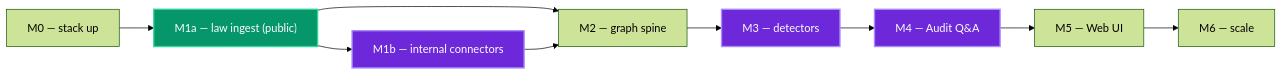
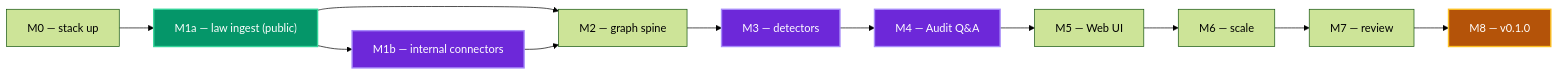
One commit to dannyota/mise changed the diagram in docs/project/ROADMAP.md. Above: the diagram before and after it, drawn with Mermaid (forest theme). The commit also changed other lines of this file and 14 other files, not shown here.

First line of the commit message:
docs: add M7 (design review) and M8 (release v0.1.0) milestone plans

````diff
--- a/docs/project/ROADMAP.md
+++ b/docs/project/ROADMAP.md
@@ -49,15 +53,19 @@
 ```mermaid
 flowchart LR
     M0["M0 — stack up"] --> M1a["M1a — law ingest (public)"]
     M1a --> M1b["M1b — internal connectors"]
     M1a --> M2["M2 — graph spine"]
     M1b --> M2
     M2 --> M3["M3 — detectors"]
     M3 --> M4["M4 — Audit Q&A"]
     M4 --> M5["M5 — Web UI"]
     M5 --> M6["M6 — scale"]
+    M6 --> M7["M7 — review"]
+    M7 --> M8["M8 — v0.1.0"]
     classDef gated fill:#6d28d9,stroke:#a78bfa,color:#fff,stroke-width:2px
     classDef public fill:#059669,stroke:#34d399,color:#fff,stroke-width:2px
+    classDef release fill:#b45309,stroke:#fbbf24,color:#fff,stroke-width:2px
     class M1b,M3,M4 gated
     class M1a public
+    class M8 release
 ```
````
